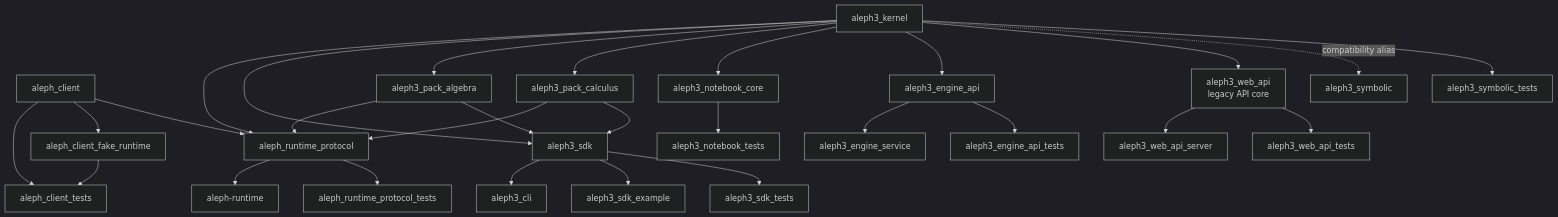
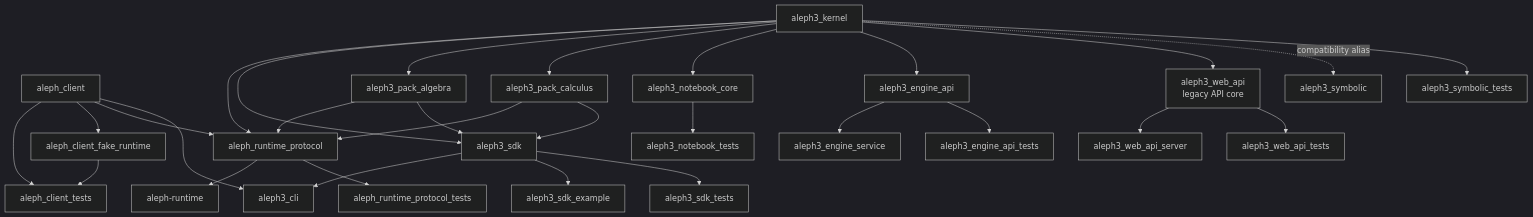
One commit to sergiorf/aleph3 changed the ninth of 10 diagrams in docs/architecture.md. Above: the diagram before and after it, drawn with Mermaid (dark theme). The commit also changed other lines of this file and 9 other files, not shown here.

````diff
--- a/docs/architecture.md
+++ b/docs/architecture.md
@@ -393,30 +402,31 @@
 ```mermaid
 flowchart TD
     AlephClient["aleph_client"] --> AlephClientTests["aleph_client_tests"]
     AlephClient --> FakeRuntime["aleph_client_fake_runtime"]
     FakeRuntime --> AlephClientTests
     AlephClient --> RuntimeProtocol["aleph_runtime_protocol"]
     RuntimeProtocol --> RuntimeExe["aleph-runtime"]
     RuntimeProtocol --> RuntimeTests["aleph_runtime_protocol_tests"]
+    AlephClient --> CLI["aleph3_cli"]
     Kernel --> RuntimeProtocol
     Algebra --> RuntimeProtocol
     Calculus --> RuntimeProtocol
     Kernel["aleph3_kernel"] --> SDK["aleph3_sdk"]
     Kernel --> Algebra["aleph3_pack_algebra"]
     Kernel --> Calculus["aleph3_pack_calculus"]
     Kernel --> NotebookCore["aleph3_notebook_core"]
     Kernel --> EngineApi["aleph3_engine_api"]
     Kernel --> WebApi["aleph3_web_api<br/>legacy API core"]
     Kernel -. compatibility alias .-> Symbolic["aleph3_symbolic"]
     Algebra --> SDK
     Calculus --> SDK
-    SDK --> CLI["aleph3_cli"]
+    SDK --> CLI
     SDK --> Example["aleph3_sdk_example"]
     EngineApi --> EngineSvc["aleph3_engine_service"]
     WebApi --> WebApiServer["aleph3_web_api_server"]
     Kernel --> KernelTests["aleph3_symbolic_tests"]
     NotebookCore --> NotebookTests["aleph3_notebook_tests"]
     EngineApi --> EngineTests["aleph3_engine_api_tests"]
     WebApi --> WebTests["aleph3_web_api_tests"]
     SDK --> SDKTests["aleph3_sdk_tests"]
 ```
````
